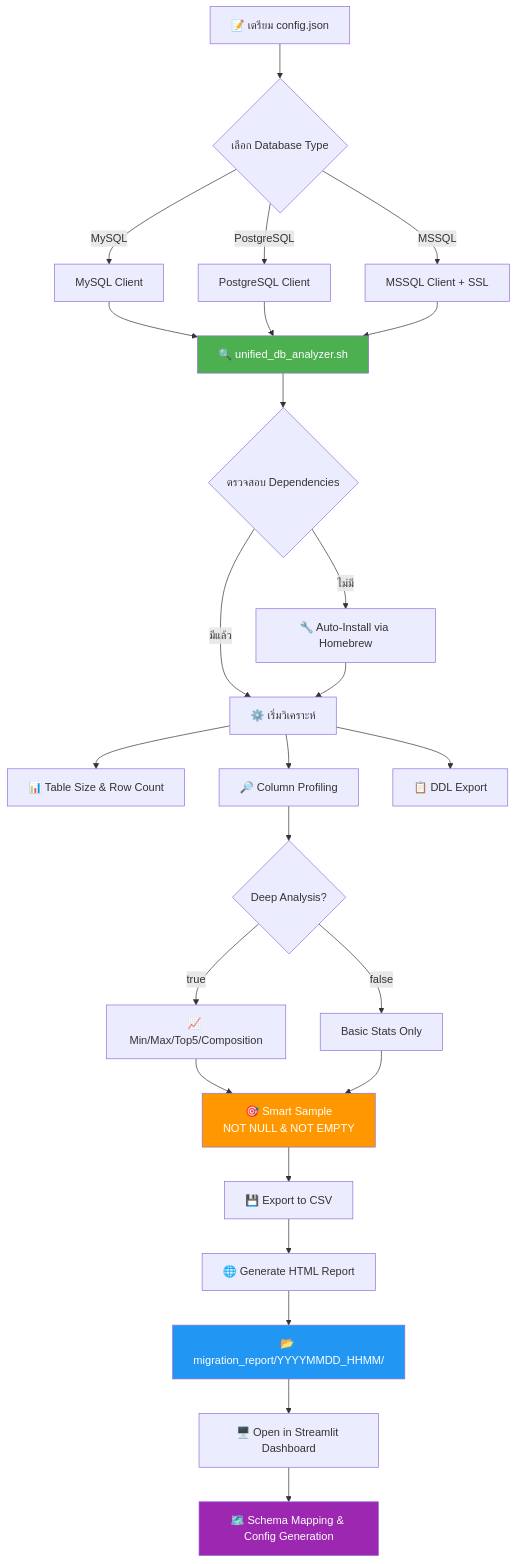
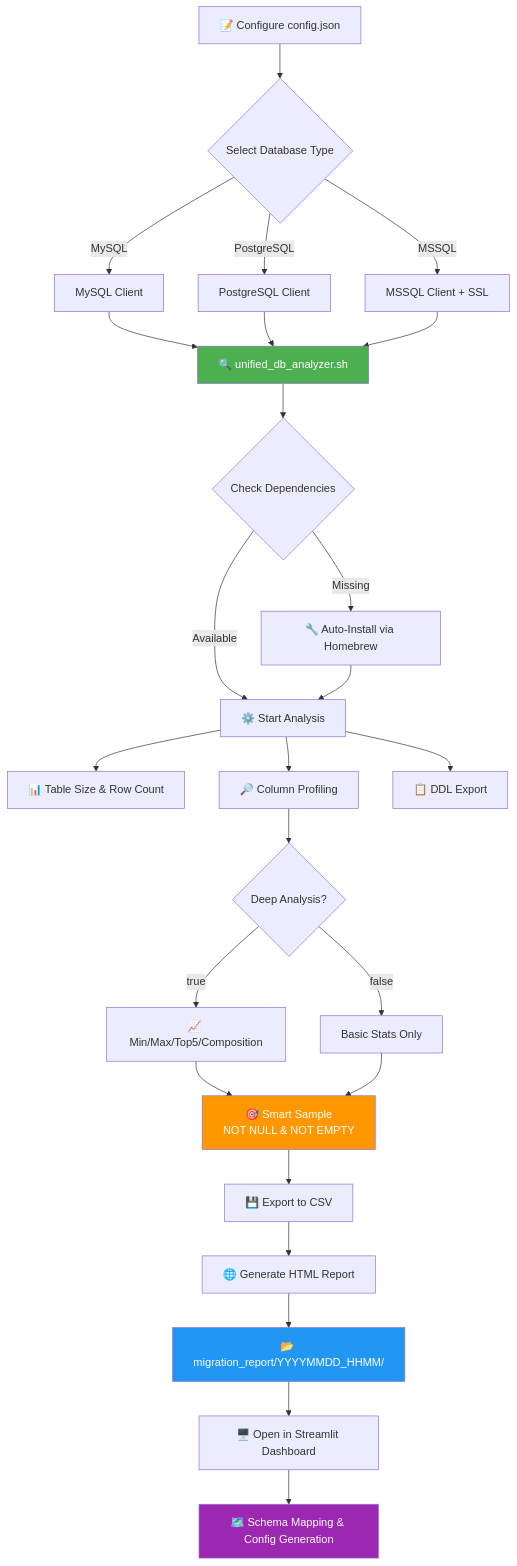
One commit to iots1/migration-toolkit changed the diagram in README.md. Above: the diagram before and after it, drawn with Mermaid. The commit also changed other lines of this file, not shown here.

````diff
--- a/README.md
+++ b/README.md
@@ -121,39 +296,39 @@
 ```mermaid
 flowchart TD
-    A[📝 เตรียม config.json] --> B{เลือก Database Type}
+    A[📝 Configure config.json] --> B{Select Database Type}
     B -->|MySQL| C1[MySQL Client]
     B -->|PostgreSQL| C2[PostgreSQL Client]
     B -->|MSSQL| C3[MSSQL Client + SSL]
 
     C1 --> D[🔍 unified_db_analyzer.sh]
     C2 --> D
     C3 --> D
 
-    D --> E{ตรวจสอบ Dependencies}
-    E -->|ไม่มี| F[🔧 Auto-Install via Homebrew]
-    E -->|มีแล้ว| G
-    F --> G[⚙️ เริ่มวิเคราะห์]
+    D --> E{Check Dependencies}
+    E -->|Missing| F[🔧 Auto-Install via Homebrew]
+    E -->|Available| G
+    F --> G[⚙️ Start Analysis]
 
     G --> H1[📊 Table Size & Row Count]
     G --> H2[🔎 Column Profiling]
     G --> H3[📋 DDL Export]
 
     H2 --> I{Deep Analysis?}
     I -->|true| J[📈 Min/Max/Top5/Composition]
     I -->|false| K[Basic Stats Only]
 
     J --> L[🎯 Smart Sample<br/>NOT NULL & NOT EMPTY]
     K --> L
 
     L --> M[💾 Export to CSV]
     M --> N[🌐 Generate HTML Report]
     N --> O[📂 migration_report/YYYYMMDD_HHMM/]
 
     O --> P[🖥️ Open in Streamlit Dashboard]
     P --> Q[🗺️ Schema Mapping & Config Generation]
 
     style D fill:#4CAF50,color:#fff
     style L fill:#FF9800,color:#fff
     style O fill:#2196F3,color:#fff
     style Q fill:#9C27B0,color:#fff
 ```
````
